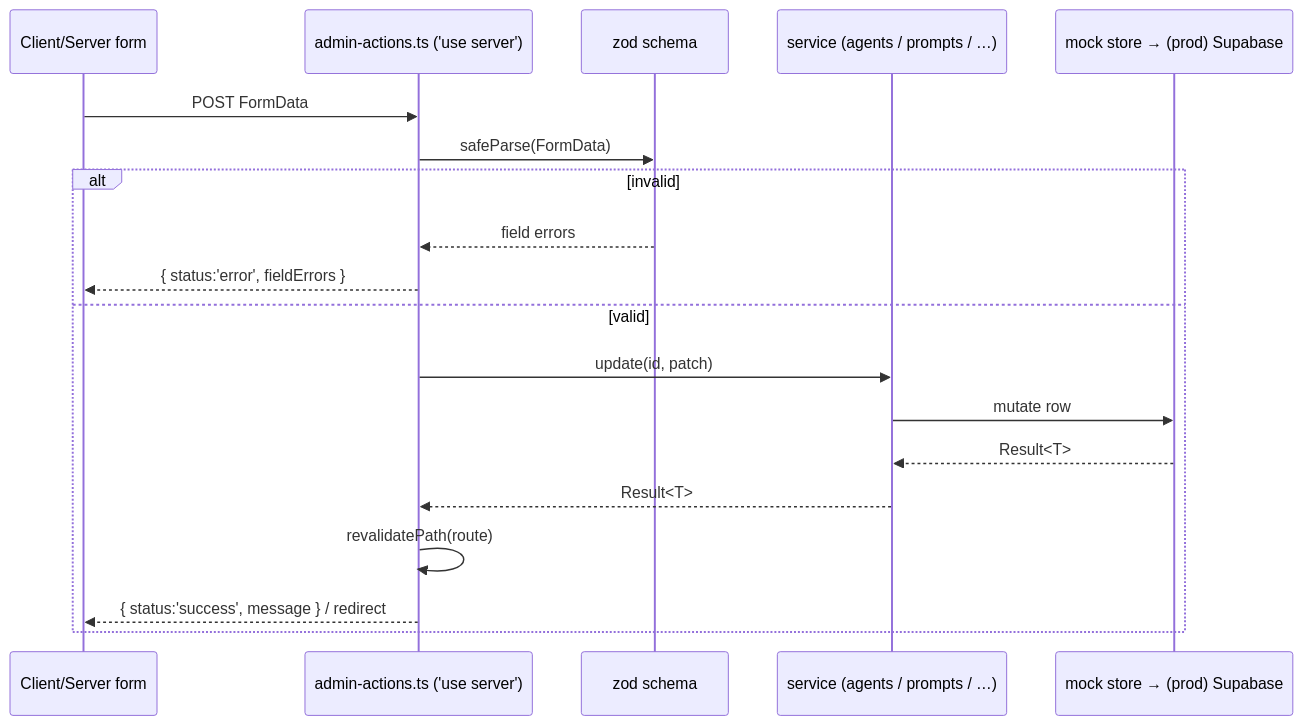
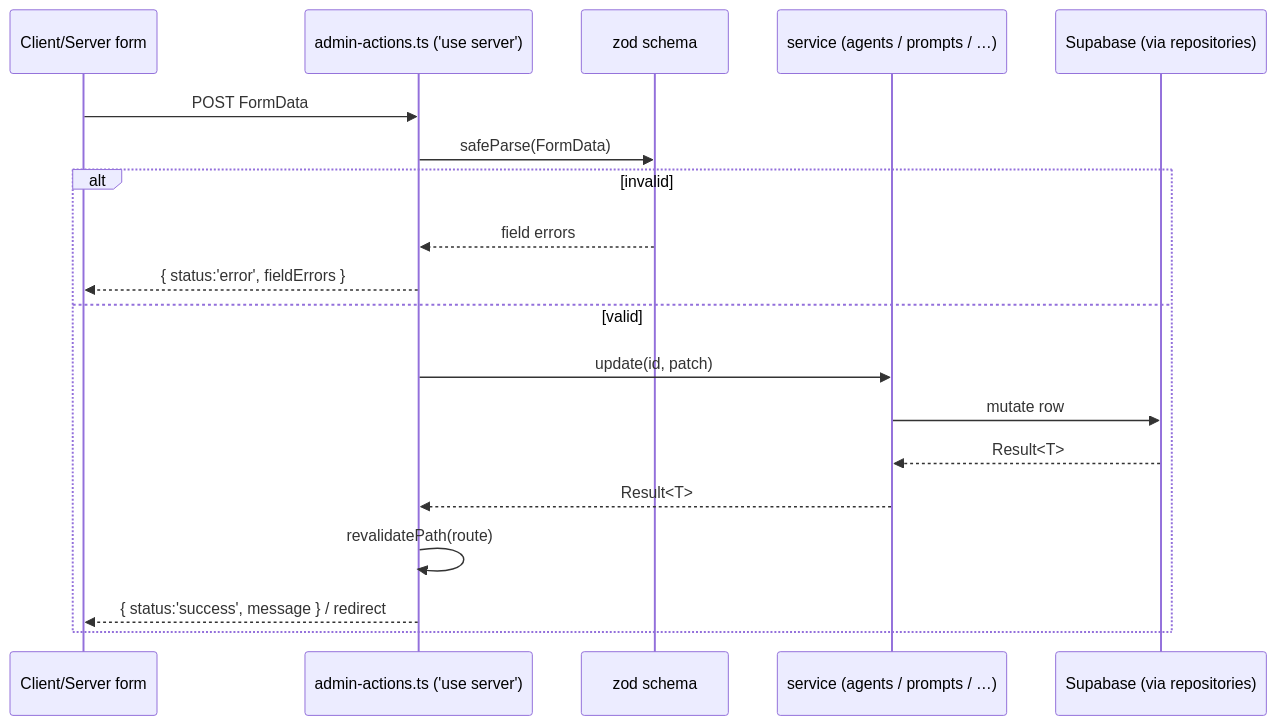
One commit to jayjay77uk/Juice-doctor changed the third of 3 diagrams in docs/architecture/14-admin-and-dashboard.md. Above: the diagram before and after it, drawn with Mermaid. The commit also changed other lines of this file and 84 other files, not shown here.

````diff
--- a/docs/architecture/14-admin-and-dashboard.md
+++ b/docs/architecture/14-admin-and-dashboard.md
@@ -162,22 +162,22 @@
 ```mermaid
 sequenceDiagram
   participant Form as Client/Server form
   participant Action as admin-actions.ts ('use server')
   participant Zod as zod schema
   participant Svc as service (agents / prompts / …)
-  participant Store as mock store → (prod) Supabase
+  participant Store as Supabase (via repositories)
 
   Form->>Action: POST FormData
   Action->>Zod: safeParse(FormData)
   alt invalid
     Zod-->>Action: field errors
     Action-->>Form: { status:'error', fieldErrors }
   else valid
     Action->>Svc: update(id, patch)
     Svc->>Store: mutate row
     Store-->>Svc: Result<T>
     Svc-->>Action: Result<T>
     Action->>Action: revalidatePath(route)
     Action-->>Form: { status:'success', message } / redirect
   end
 ```
````
